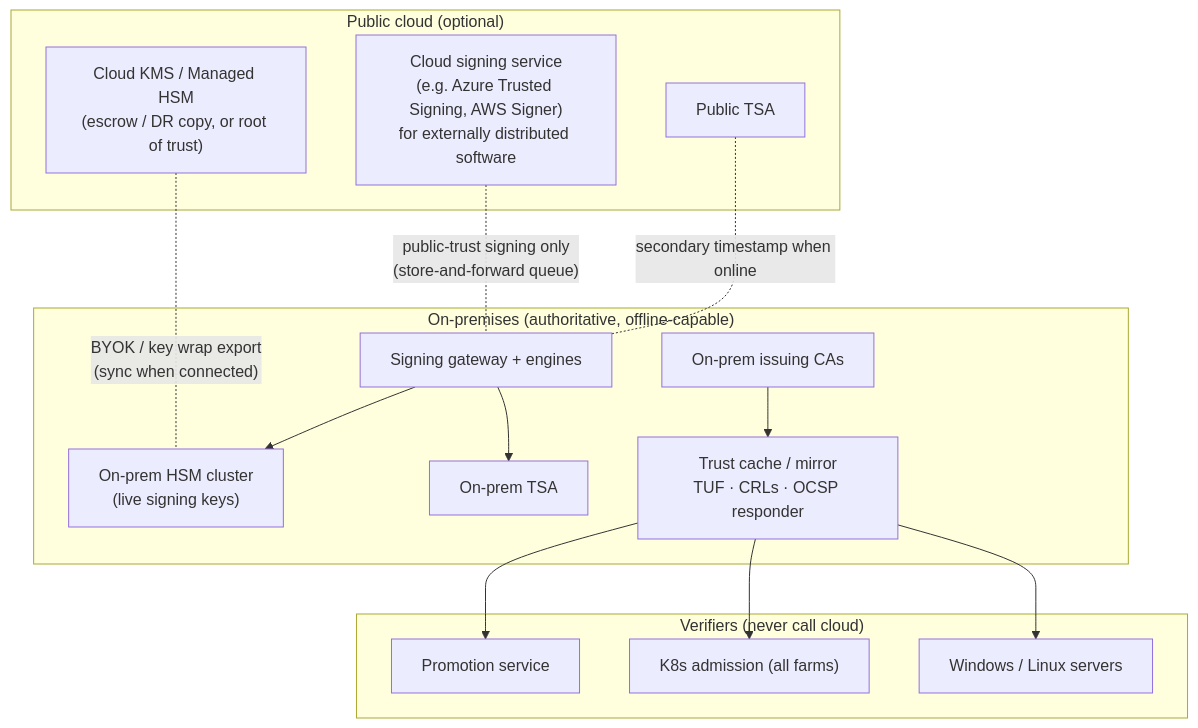
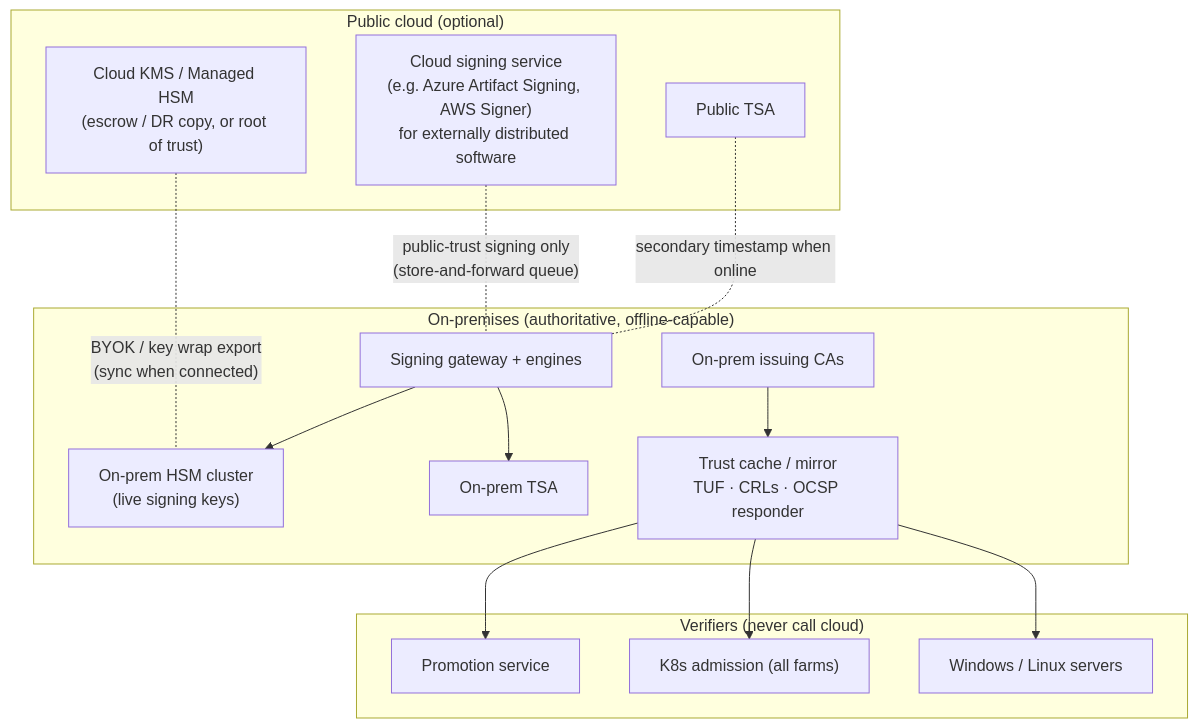
The seventh of 7 diagrams in 01-artifact-signing-architecture.md (jfang88/EntepriseCodeSigning), drawn with Mermaid before and after one commit. The commit also changed other lines of this file and 1 other file, not shown here.

First line of the commit message:
Fold signing-option review into architecture doc and add sourced appendix

````diff
--- a/01-artifact-signing-architecture.md
+++ b/01-artifact-signing-architecture.md
@@ -381,30 +508,30 @@
 ```mermaid
 flowchart TB
   subgraph CLOUD["Public cloud (optional)"]
     CKMS["Cloud KMS / Managed HSM<br/>(escrow / DR copy, or root of trust)"]
-    CSIGN["Cloud signing service<br/>(e.g. Azure Trusted Signing, AWS Signer)<br/>for externally distributed software"]
+    CSIGN["Cloud signing service<br/>(e.g. Azure Artifact Signing, AWS Signer)<br/>for externally distributed software"]
     CTSA["Public TSA"]
   end
 
   subgraph ONPREM["On-premises (authoritative, offline-capable)"]
     HSM["On-prem HSM cluster<br/>(live signing keys)"]
     ICA["On-prem issuing CAs"]
     OTSA["On-prem TSA"]
     SIG["Signing gateway + engines"]
     CACHE["Trust cache / mirror<br/>TUF · CRLs · OCSP responder"]
   end
 
   subgraph VER["Verifiers (never call cloud)"]
     V1["Promotion service"]
     V2["K8s admission (all farms)"]
     V3["Windows / Linux servers"]
   end
 
   CKMS -. "BYOK / key wrap export<br/>(sync when connected)" .- HSM
   CSIGN -. "public-trust signing only<br/>(store-and-forward queue)" .- SIG
   CTSA -. "secondary timestamp when online" .- SIG
   SIG --> HSM
   SIG --> OTSA
   ICA --> CACHE
   CACHE --> V1 & V2 & V3
 ```
````
